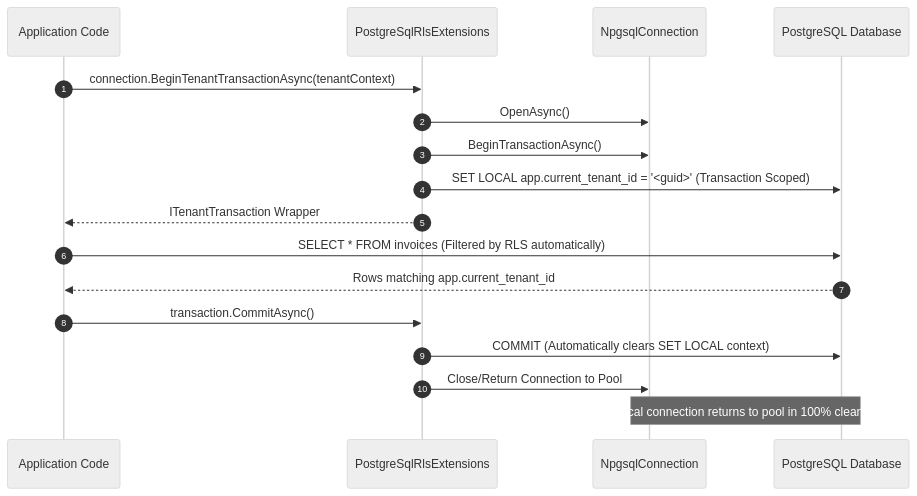
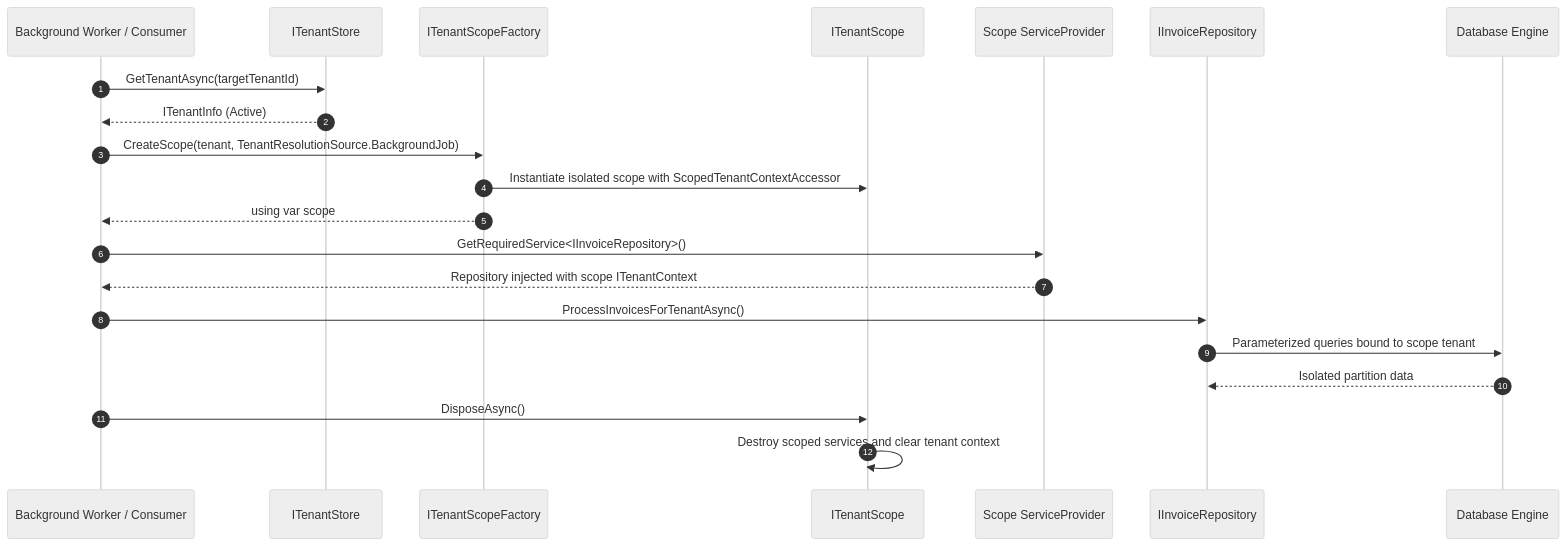
The fifth of 7 diagrams in docs/diagrams.md (ericksonlopezf/dotnet-multitenancy), drawn with Mermaid (neutral theme) before and after one commit. The commit also changed other lines of this file and 230 other files, not shown here.

````diff
--- a/docs/diagrams.md
+++ b/docs/diagrams.md
@@ -89,22 +209,27 @@
 ```mermaid
 sequenceDiagram
     autonumber
-    participant App as Application Code
-    participant Ext as PostgreSqlRlsExtensions
-    participant Conn as NpgsqlConnection
-    participant DB as PostgreSQL Database
+    participant Job as Background Worker / Consumer
+    participant Store as ITenantStore
+    participant Factory as ITenantScopeFactory
+    participant Scope as ITenantScope
+    participant SP as Scope ServiceProvider
+    participant Repo as IInvoiceRepository
+    participant DB as Database Engine
 
-    App->>Ext: connection.BeginTenantTransactionAsync(tenantContext)
-    Ext->>Conn: OpenAsync()
-    Ext->>Conn: BeginTransactionAsync()
-    Ext->>DB: SET LOCAL app.current_tenant_id = '<guid>' (Transaction Scoped)
-    Ext-->>App: ITenantTransaction Wrapper
+    Job->>Store: GetTenantAsync(targetTenantId)
+    Store-->>Job: ITenantInfo (Active)
+    Job->>Factory: CreateScope(tenant, TenantResolutionSource.BackgroundJob)
+    Factory->>Scope: Instantiate isolated scope with ScopedTenantContextAccessor
+    Factory-->>Job: using var scope
 
-    App->>DB: SELECT * FROM invoices (Filtered by RLS automatically)
-    DB-->>App: Rows matching app.current_tenant_id
-
-    App->>Ext: transaction.CommitAsync()
-    Ext->>DB: COMMIT (Automatically clears SET LOCAL context)
-    Ext->>Conn: Close/Return Connection to Pool
-    Note over Conn,DB: Physical connection returns to pool in 100% clean state
+    Job->>SP: GetRequiredService<IInvoiceRepository>()
+    SP-->>Job: Repository injected with scope ITenantContext
+    
+    Job->>Repo: ProcessInvoicesForTenantAsync()
+    Repo->>DB: Parameterized queries bound to scope tenant
+    DB-->>Repo: Isolated partition data
+    
+    Job->>Scope: DisposeAsync()
+    Scope->>Scope: Destroy scoped services and clear tenant context
 ```
````
